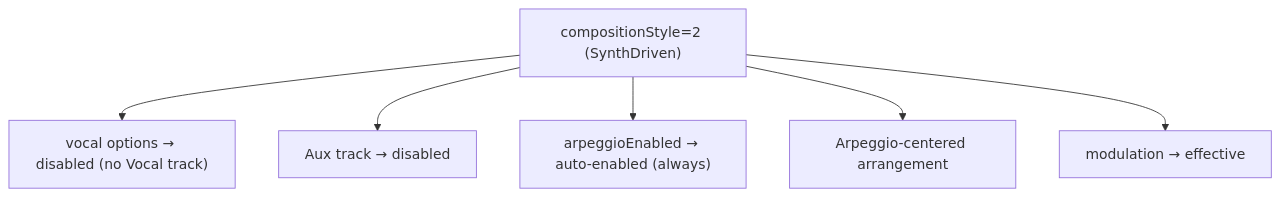
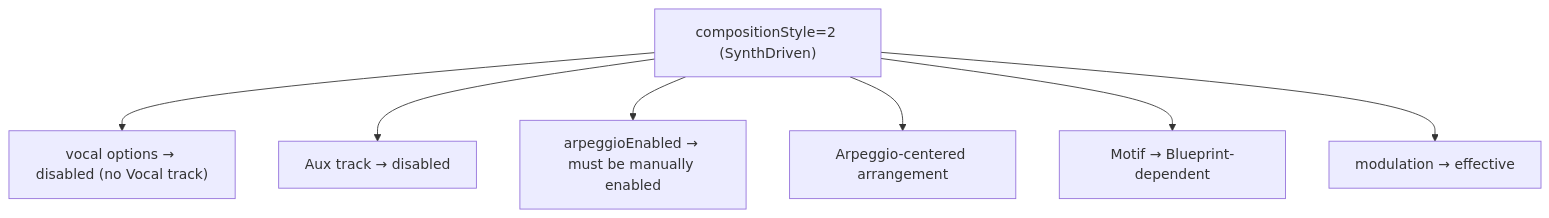
Before and after one commit to libraz/midi-sketch-homepage: diagram 11 of 13 in src/docs/option-relationships.md, drawn with Mermaid. The commit also changed other lines of this file and 24 other files, not shown here.

````diff
--- a/src/docs/option-relationships.md
+++ b/src/docs/option-relationships.md
@@ -167,9 +210,10 @@
 ```mermaid
 graph TD
     SD["compositionStyle=2 (SynthDriven)"]
     SD --> SD1["vocal options → disabled (no Vocal track)"]
     SD --> SD2["Aux track → disabled"]
-    SD --> SD3["arpeggioEnabled → auto-enabled (always)"]
+    SD --> SD3["arpeggioEnabled → must be manually enabled"]
     SD --> SD4["Arpeggio-centered arrangement"]
-    SD --> SD5["modulation → effective"]
+    SD --> SD5["Motif → Blueprint-dependent"]
+    SD --> SD6["modulation → effective"]
 ```
````
